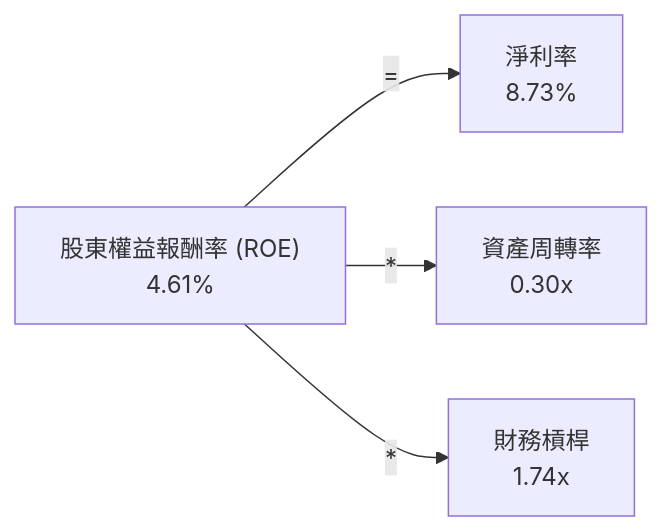
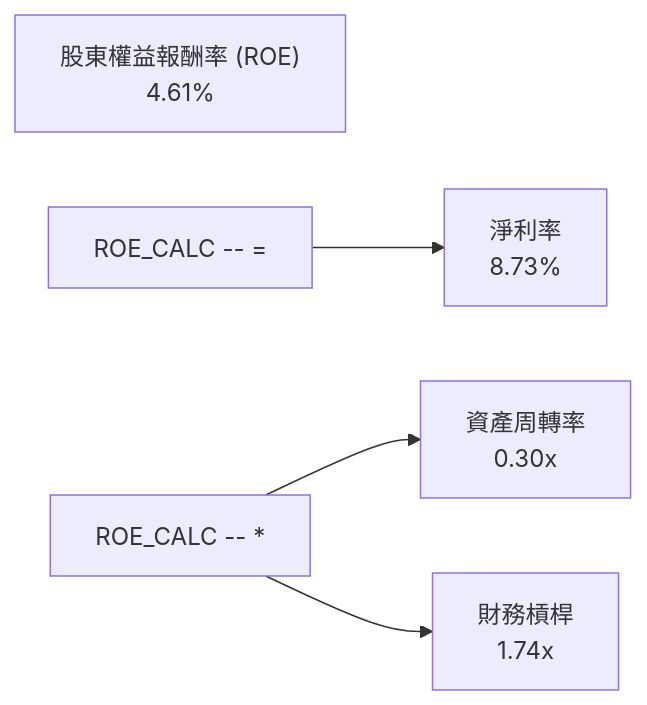
Before and after one commit to yennanliu/finance_data: the tenth of 15 diagrams in ai_gen_report/stock/grab/fundamental_analysis_2026-07-03_gemini.md, drawn with Mermaid. The commit also changed other lines of this file and 2258 other files, not shown here.

First line of the commit message:
chore: backfill Mermaid syntax repair across existing reports

````diff
--- a/ai_gen_report/stock/grab/fundamental_analysis_2026-07-03_gemini.md
+++ b/ai_gen_report/stock/grab/fundamental_analysis_2026-07-03_gemini.md
@@ -718,12 +718,12 @@
 ```mermaid
 graph LR
     ROE_CALC["股東權益報酬率 (ROE)<br/>4.61%"]
 
     NPM_CALC["淨利率<br/>8.73%"]
     ATO_CALC["資產周轉率<br/>0.30x"]
     FL_CALC["財務槓桿<br/>1.74x"]
 
-    ROE_CALC -- = --> NPM_CALC
-    ROE_CALC -- * --> ATO_CALC
-    ROE_CALC -- * --> FL_CALC
+    nb1["ROE_CALC -- ="] --> NPM_CALC
+    nb2["ROE_CALC -- *"] --> ATO_CALC
+    nb2["ROE_CALC -- *"] --> FL_CALC
 ```
````
